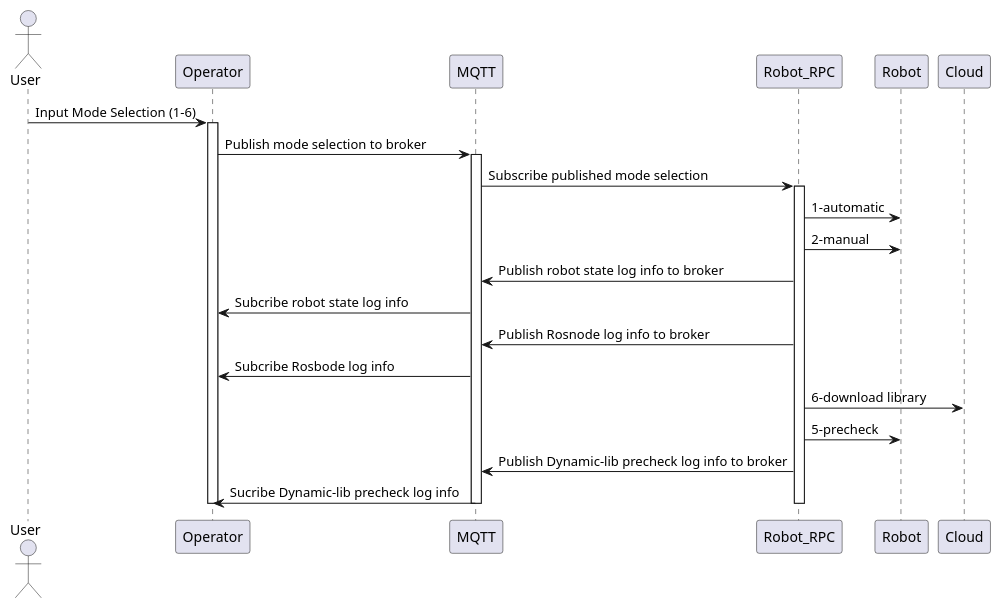
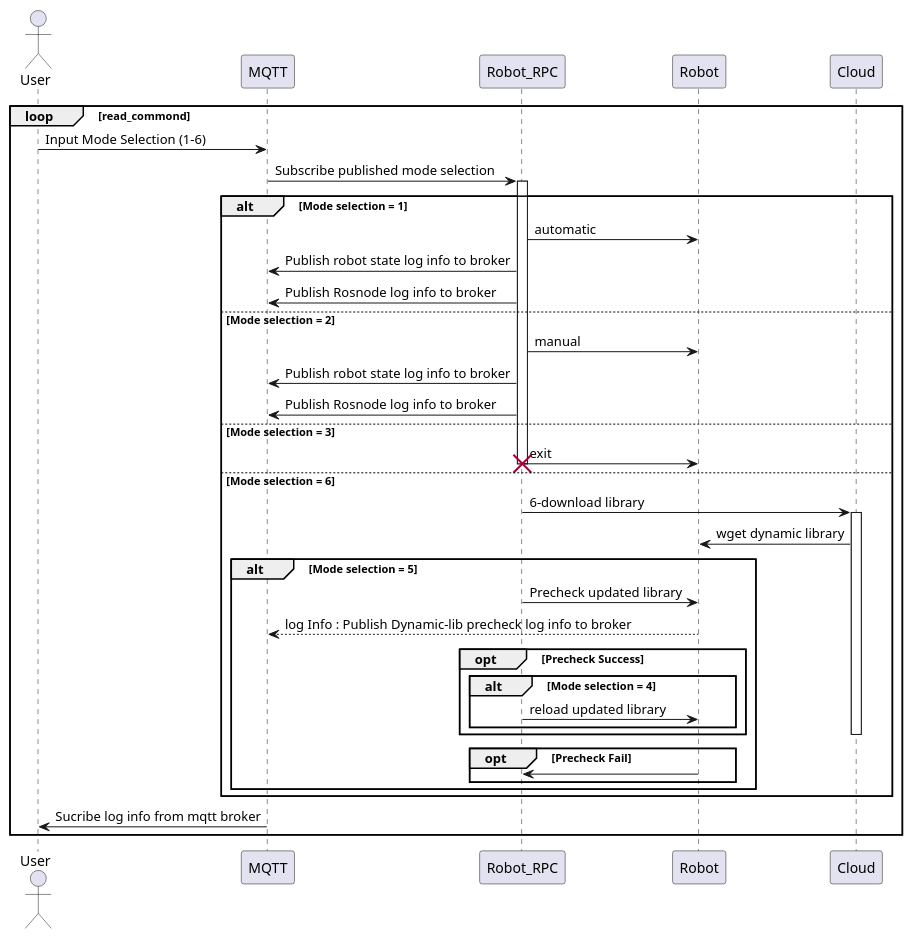
One commit to CarmenSong/docker_ros2_mqtt changed the diagram in test.pu. Above: the diagram before and after it, drawn with PlantUML.

```diff
--- a/test.pu
+++ b/test.pu
@@ -1,25 +1,57 @@
 @startuml
-
+' define participants
 actor User
 
-User -> Operator : Input Mode Selection (1-6)
-activate Operator
-Operator -> MQTT: Publish mode selection to broker
-activate MQTT
-MQTT -> Robot_RPC: Subscribe published mode selection
-activate Robot_RPC
-Robot_RPC -> Robot : 1-automatic
-Robot_RPC -> Robot : 2-manual
-Robot_RPC -> MQTT : Publish robot state log info to broker
-MQTT -> Operator :  Subcribe robot state log info
-Robot_RPC -> MQTT : Publish Rosnode log info to broker
-MQTT -> Operator : Subcribe Rosbode log info
-Robot_RPC -> Cloud : 6-download library
-Robot_RPC -> Robot : 5-precheck
-Robot_RPC -> MQTT : Publish Dynamic-lib precheck log info to broker
-MQTT -> Operator: Sucribe Dynamic-lib precheck log info
+' Robot_RPC -> MQTT
+
+loop read_commond
+        User -> MQTT : Input Mode Selection (1-6)
+        ' activate Operator
+        ' Operator -> MQTT: Publish mode selection to broker
+
+        ' activate MQTT
+
+        MQTT -> Robot_RPC: Subscribe published mode selection
+        activate Robot_RPC
+
+        alt Mode selection = 1
+                Robot_RPC -> Robot : automatic
+                Robot_RPC -> MQTT : Publish robot state log info to broker
+                Robot_RPC -> MQTT : Publish Rosnode log info to broker
+
+        else Mode selection = 2
+                Robot_RPC -> Robot : manual
+                Robot_RPC -> MQTT : Publish robot state log info to broker
+                Robot_RPC -> MQTT : Publish Rosnode log info to broker
+
+        else Mode selection = 3
+                Robot_RPC -> Robot : exit
+                destroy Robot_RPC
+
+        else Mode selection = 6
+                Robot_RPC -> Cloud : 6-download library
+
+                activate Cloud
+                Cloud -> Robot : wget dynamic library
+                alt Mode selection = 5
+                        Robot_RPC -> Robot : Precheck updated library
+                        Robot --> MQTT : log Info : Publish Dynamic-lib precheck log info to broker
+                        opt Precheck Success
+                                alt Mode selection = 4
+                                        Robot_RPC -> Robot : reload updated library
+                                end
+                                deactivate Cloud
+                        end
+
+                        opt Precheck Fail
+                                Robot -> Robot_RPC :
+                        end
+                end
+        end
+        MQTT -> User: Sucribe log info from mqtt broker
+
+end
 
 deactivate MQTT
-deactivate Operator
 deactivate Robot_RPC
 @enduml
```
